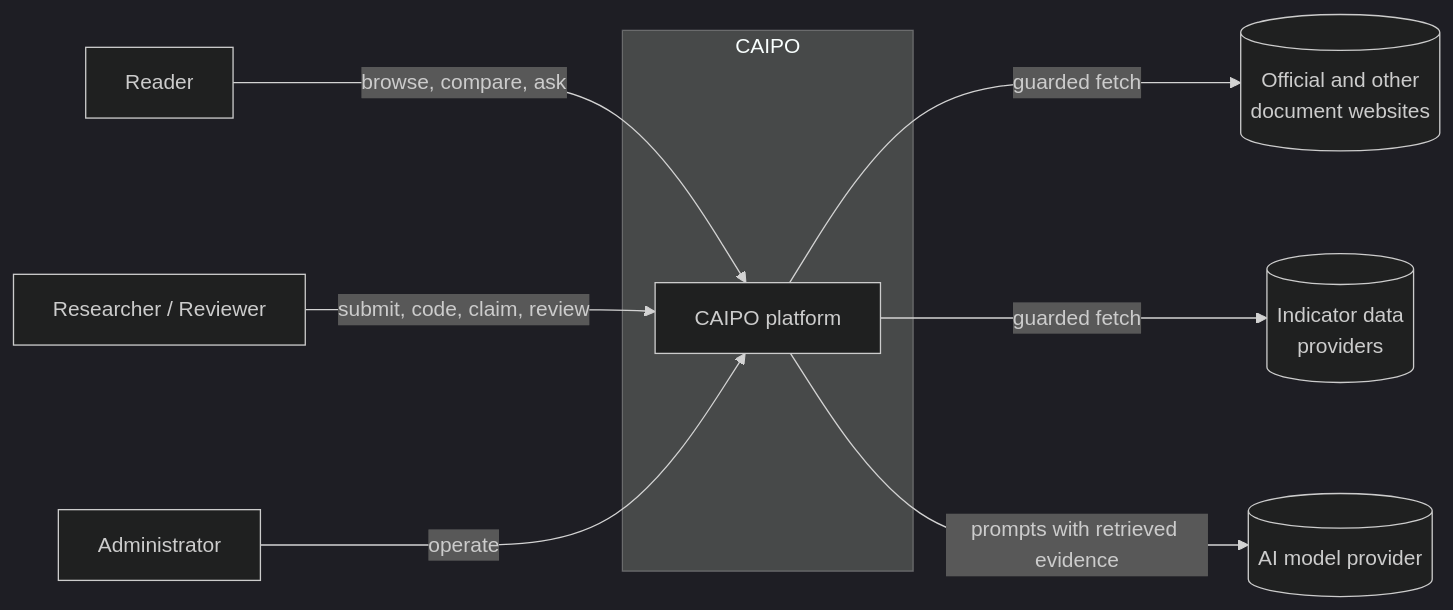
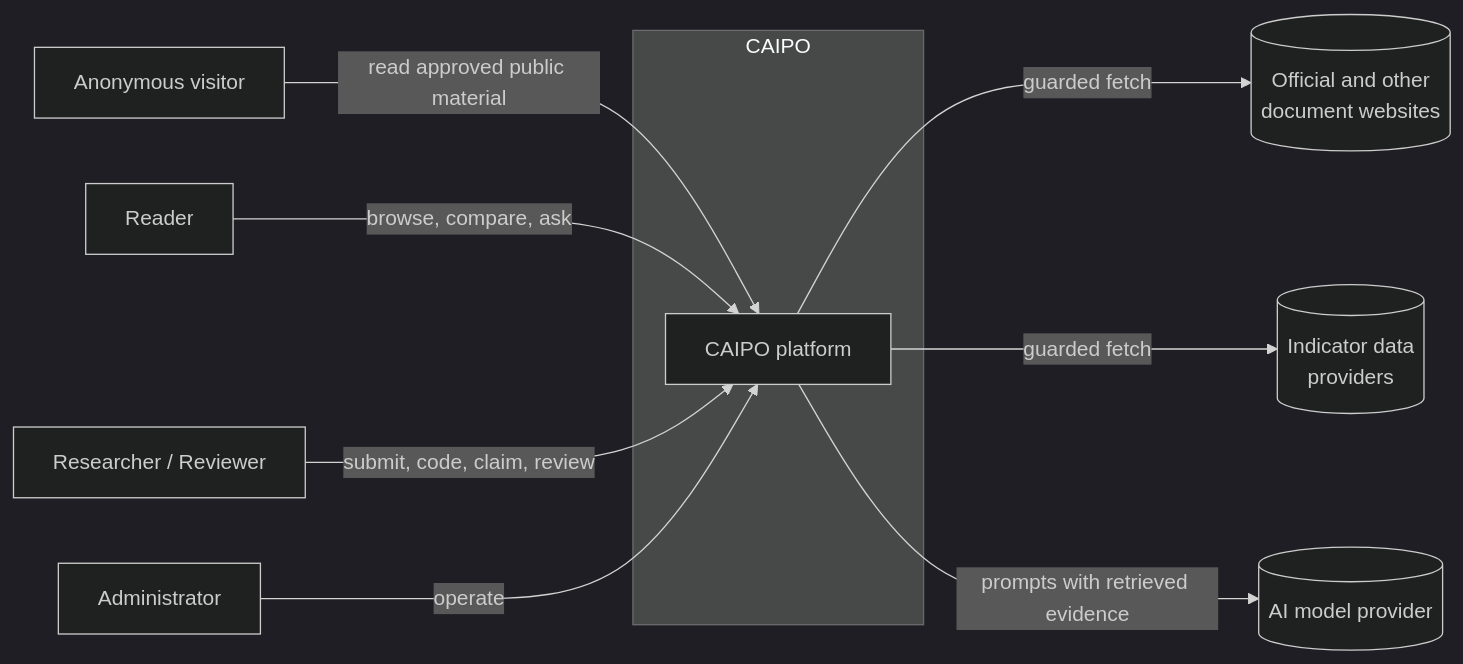
One commit to kldidar/caipo changed the diagram in docs/ARCHITECTURE.md. Above: the diagram before and after it, drawn with Mermaid (dark theme). The commit also changed other lines of this file and 22 other files, not shown here.

Commit message:
docs: ratify phase 1 architecture decisions

````diff
--- a/docs/ARCHITECTURE.md
+++ b/docs/ARCHITECTURE.md
@@ -9,21 +9,23 @@
 ```mermaid
 flowchart LR
+    visitor[Anonymous visitor]
     reader[Reader]
     researcher[Researcher / Reviewer]
     admin[Administrator]
 
     subgraph CAIPO
         app[CAIPO platform]
     end
 
     web[(Official and other<br/>document websites)]
     data[(Indicator data<br/>providers)]
     llm[(AI model provider)]
 
+    visitor -->|read approved public material| app
     reader -->|browse, compare, ask| app
     researcher -->|submit, code, claim, review| app
     admin -->|operate| app
     app -->|guarded fetch| web
     app -->|guarded fetch| data
     app -->|prompts with retrieved evidence| llm
 ```
````
